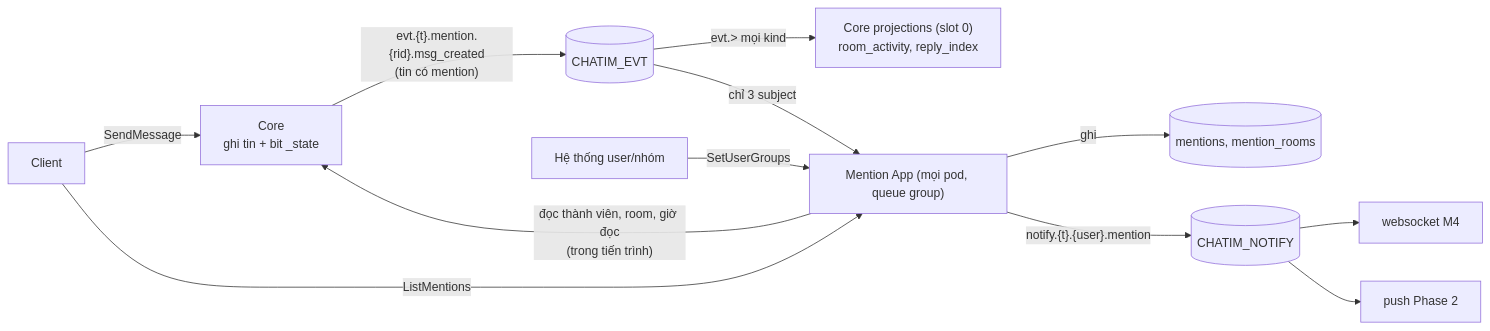
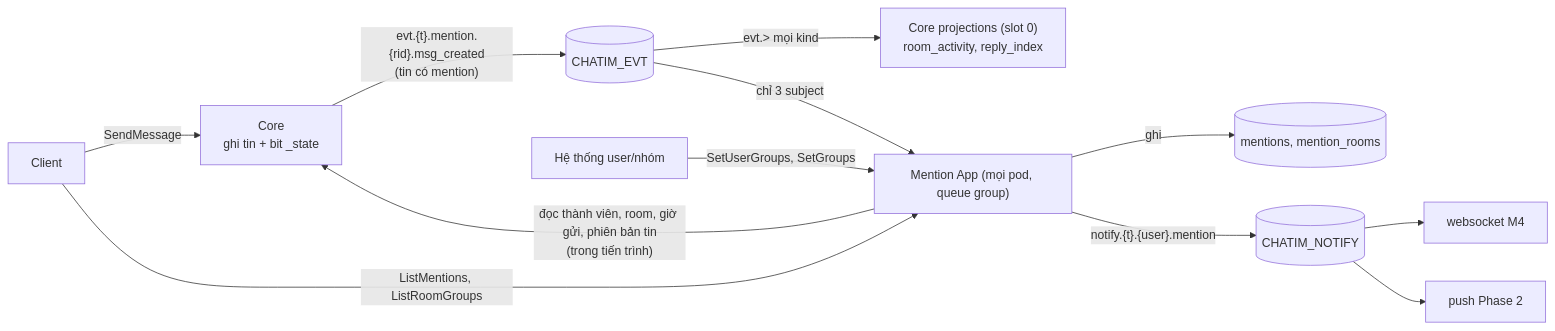
One commit to ivannguyendev/chatim changed the diagram in docs/plans/2026-10-17-mention-app-summary.md. Above: the diagram before and after it, drawn with Mermaid. The commit also changed other lines of this file and 12 other files, not shown here.

````diff
--- a/docs/plans/2026-10-17-mention-app-summary.md
+++ b/docs/plans/2026-10-17-mention-app-summary.md
@@ -75,13 +74,13 @@
 ```mermaid
 flowchart LR
   C[Client] -->|SendMessage| Core["Core<br/>ghi tin + bit _state"]
   Core -->|"evt.{t}.mention.{rid}.msg_created<br/>(tin có mention)"| EVT[(CHATIM_EVT)]
   EVT -->|"evt.> mọi kind"| P["Core projections (slot 0)<br/>room_activity, reply_index"]
   EVT -->|"chỉ 3 subject"| MA["Mention App (mọi pod, queue group)"]
   MA -->|ghi| M[(mentions, mention_rooms)]
-  G["Hệ thống user/nhóm"] -->|SetUserGroups| MA
-  MA -->|"đọc thành viên, room, giờ đọc<br/>(trong tiến trình)"| Core
+  G["Hệ thống user/nhóm"] -->|SetUserGroups, SetGroups| MA
+  MA -->|"đọc thành viên, room, giờ gửi, phiên bản tin<br/>(trong tiến trình)"| Core
   MA -->|"notify.{t}.{user}.mention"| N[(CHATIM_NOTIFY)]
   N --> WS[websocket M4] & PU["push Phase 2"]
-  C -->|ListMentions| MA
+  C -->|ListMentions, ListRoomGroups| MA
 ```
````
